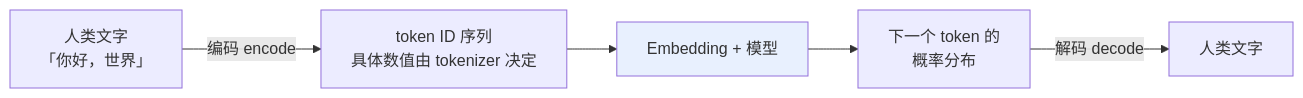
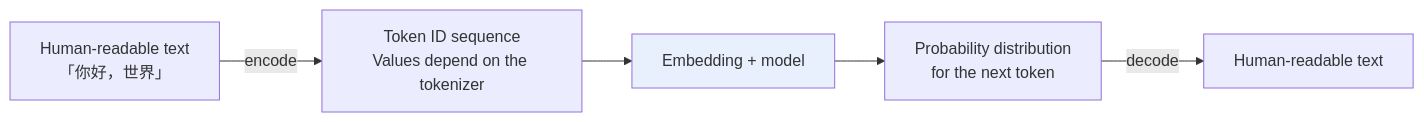
The first of 2 diagrams in docs/llm/01-foundations/05-tokenizer.md (oneleaveknowsthefall/awesome-ai-roadmap), drawn with Mermaid before and after one commit. The commit also changed other lines of this file and 92 other files, not shown here.

````diff
--- a/docs/llm/01-foundations/05-tokenizer.md
+++ b/docs/llm/01-foundations/05-tokenizer.md
@@ -13,9 +15,9 @@
 ```mermaid
 flowchart LR
-    TXT["人类文字<br/>「你好，世界」"] -->|编码 encode| IDS["token ID 序列<br/>具体数值由 tokenizer 决定"]
-    IDS --> MODEL["Embedding + 模型"]
-    MODEL --> OUT["下一个 token 的<br/>概率分布"]
-    OUT -->|解码 decode| TXT2["人类文字"]
+    TXT["Human-readable text<br/>「你好，世界」"] -->|encode| IDS["Token ID sequence<br/>Values depend on the tokenizer"]
+    IDS --> MODEL["Embedding + model"]
+    MODEL --> OUT["Probability distribution<br/>for the next token"]
+    OUT -->|decode| TXT2["Human-readable text"]
 
     style MODEL fill:#e8f0fe
 ```
````
